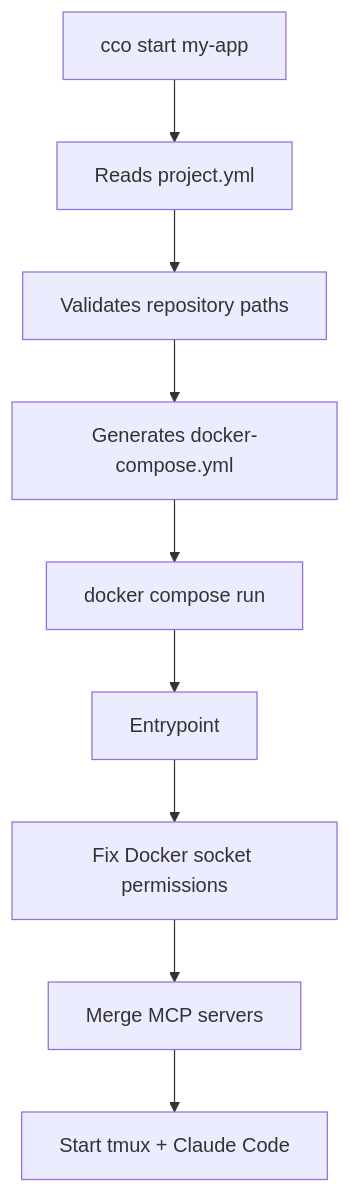
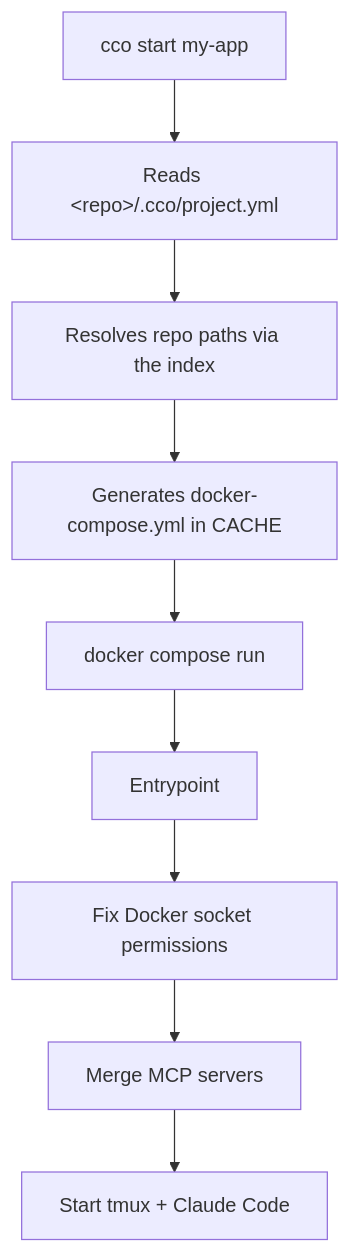
The diagram in docs/getting-started/first-project.md (alergyonthestage/claude-orchestrator), drawn with Mermaid before and after one commit. The commit also changed other lines of this file and 23 other files, not shown here.

````diff
--- a/docs/getting-started/first-project.md
+++ b/docs/getting-started/first-project.md
@@ -108,11 +117,11 @@
 ```mermaid
 graph TD
-    A["cco start my-app"] --> B["Reads project.yml"]
-    B --> C["Validates repository paths"]
-    C --> D["Generates docker-compose.yml"]
+    A["cco start my-app"] --> B["Reads &lt;repo&gt;/.cco/project.yml"]
+    B --> C["Resolves repo paths via the index"]
+    C --> D["Generates docker-compose.yml in CACHE"]
     D --> E["docker compose run"]
     E --> F["Entrypoint"]
     F --> G["Fix Docker socket permissions"]
     G --> H["Merge MCP servers"]
     H --> I["Start tmux + Claude Code"]
 ```
````
